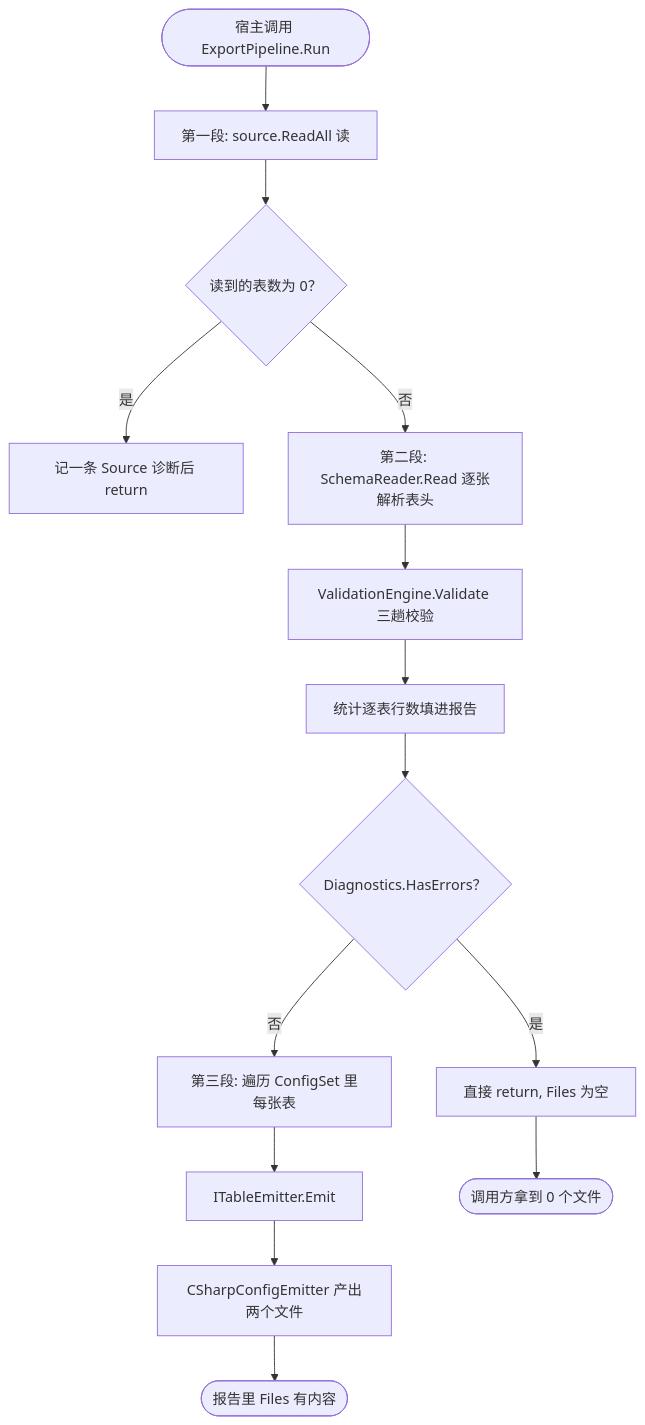
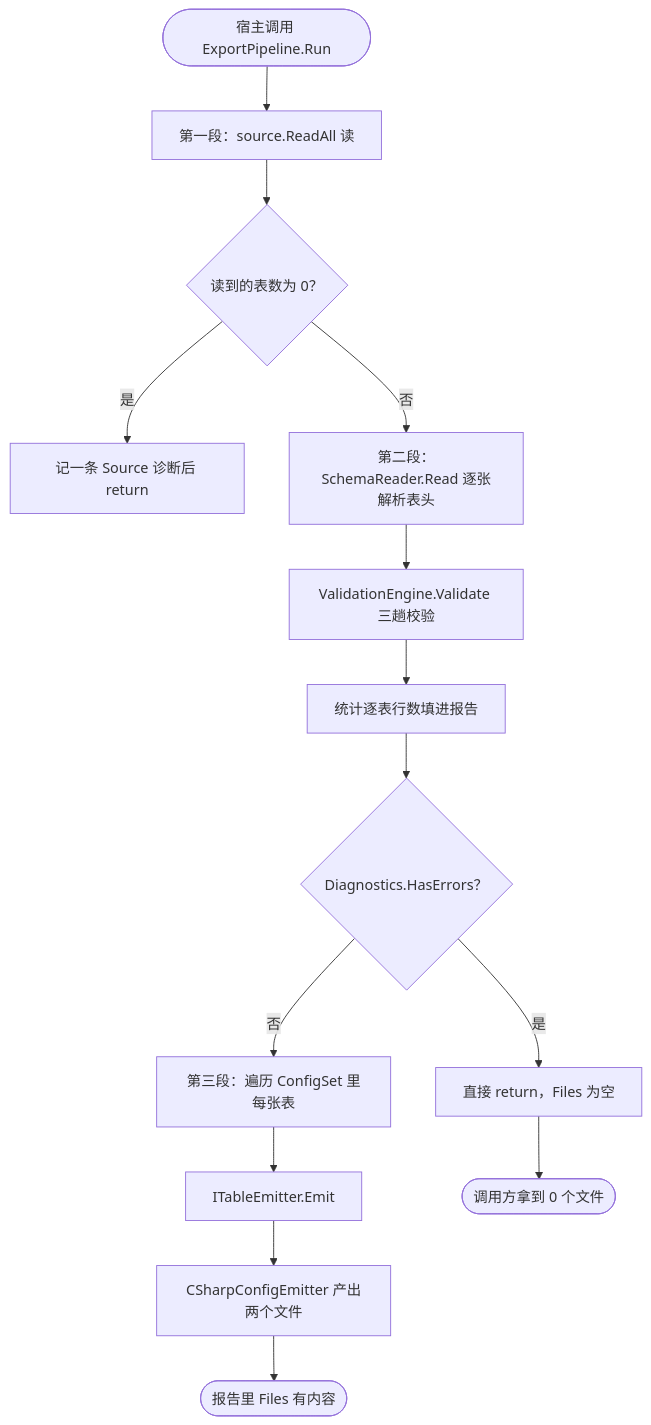
One commit to FridayNoob/NBC-3D-Networked-Battle changed the second of 2 diagrams in Docs/教学/C2-配置表工具.md. Above: the diagram before and after it, drawn with Mermaid. The commit also changed other lines of this file and 3 other files, not shown here.

First line of the commit message:
docs(教学): A9/B2-B3/C2/C4 配图定稿 —— 精简类图成员 + 措辞修订（结构不变：类图 + 数据流图 + 易错表）

````diff
--- a/Docs/教学/C2-配置表工具.md
+++ b/Docs/教学/C2-配置表工具.md
@@ -756,16 +746,16 @@
 ```mermaid
 flowchart TD
-    R0(["宿主调用 ExportPipeline.Run"]) --> R1["第一段: source.ReadAll 读"]
+    R0(["宿主调用 ExportPipeline.Run"]) --> R1["第一段：source.ReadAll 读"]
     R1 --> R1b{"读到的表数为 0？"}
     R1b -- 是 --> R1c["记一条 Source 诊断后 return"]
-    R1b -- 否 --> R2["第二段: SchemaReader.Read 逐张解析表头"]
+    R1b -- 否 --> R2["第二段：SchemaReader.Read 逐张解析表头"]
     R2 --> R3["ValidationEngine.Validate 三趟校验"]
     R3 --> R3b["统计逐表行数填进报告"]
     R3b --> R4{"Diagnostics.HasErrors？"}
-    R4 -- 是 --> R5["直接 return, Files 为空"]
-    R4 -- 否 --> R6["第三段: 遍历 ConfigSet 里每张表"]
+    R4 -- 是 --> R5["直接 return，Files 为空"]
+    R4 -- 否 --> R6["第三段：遍历 ConfigSet 里每张表"]
     R6 --> R7["ITableEmitter.Emit"]
     R7 --> R8["CSharpConfigEmitter 产出两个文件"]
     R5 --> R9(["调用方拿到 0 个文件"])
     R8 --> R10(["报告里 Files 有内容"])
 ```
````
